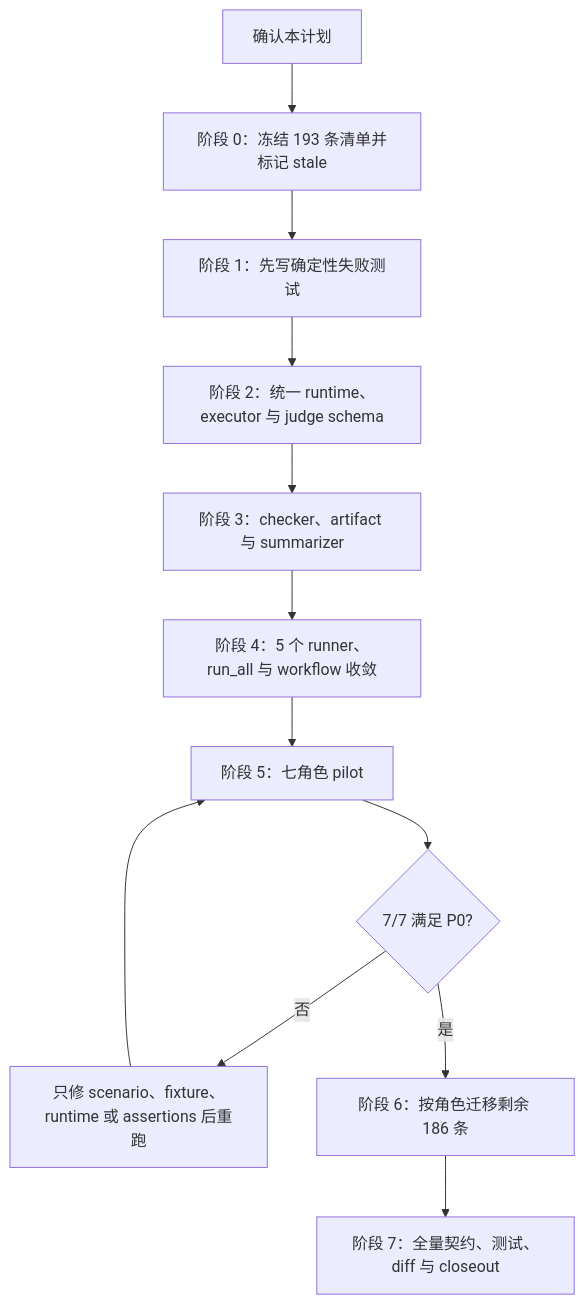
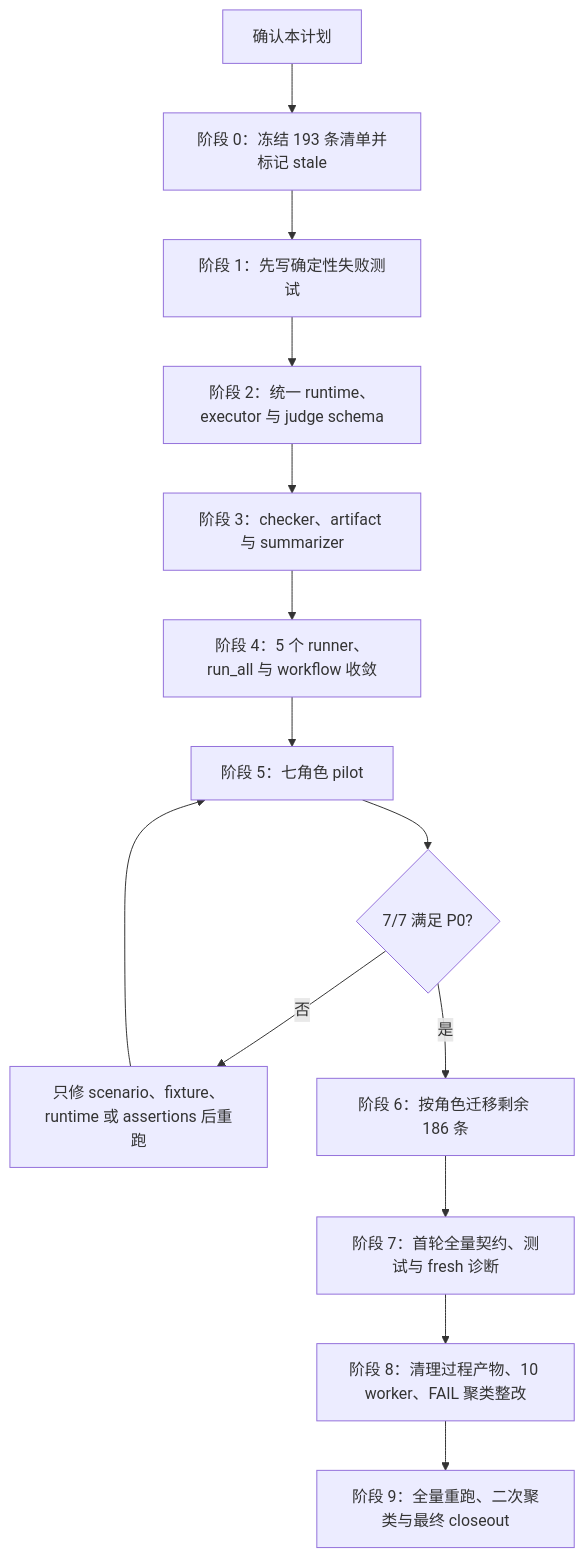
Before and after one commit to Neplich/dev-agent-skills: the diagram in docs/engineer/repository-governance/eval-scenario-isolation/IMPLEMENTATION_PLAN.md, drawn with Mermaid. The commit also changed other lines of this file and 48 other files, not shown here.

````diff
--- a/docs/engineer/repository-governance/eval-scenario-isolation/IMPLEMENTATION_PLAN.md
+++ b/docs/engineer/repository-governance/eval-scenario-isolation/IMPLEMENTATION_PLAN.md
@@ -107,14 +115,16 @@
 ```mermaid
 flowchart TD
     A["确认本计划"] --> B["阶段 0：冻结 193 条清单并标记 stale"]
     B --> C["阶段 1：先写确定性失败测试"]
     C --> D["阶段 2：统一 runtime、executor 与 judge schema"]
     D --> E["阶段 3：checker、artifact 与 summarizer"]
     E --> F["阶段 4：5 个 runner、run_all 与 workflow 收敛"]
     F --> G["阶段 5：七角色 pilot"]
     G --> H{"7/7 满足 P0?"}
     H -->|否| I["只修 scenario、fixture、runtime 或 assertions 后重跑"]
     I --> G
     H -->|是| J["阶段 6：按角色迁移剩余 186 条"]
-    J --> K["阶段 7：全量契约、测试、diff 与 closeout"]
+    J --> K["阶段 7：首轮全量契约、测试与 fresh 诊断"]
+    K --> L["阶段 8：清理过程产物、10 worker、FAIL 聚类整改"]
+    L --> M["阶段 9：全量重跑、二次聚类与最终 closeout"]
 ```
````
